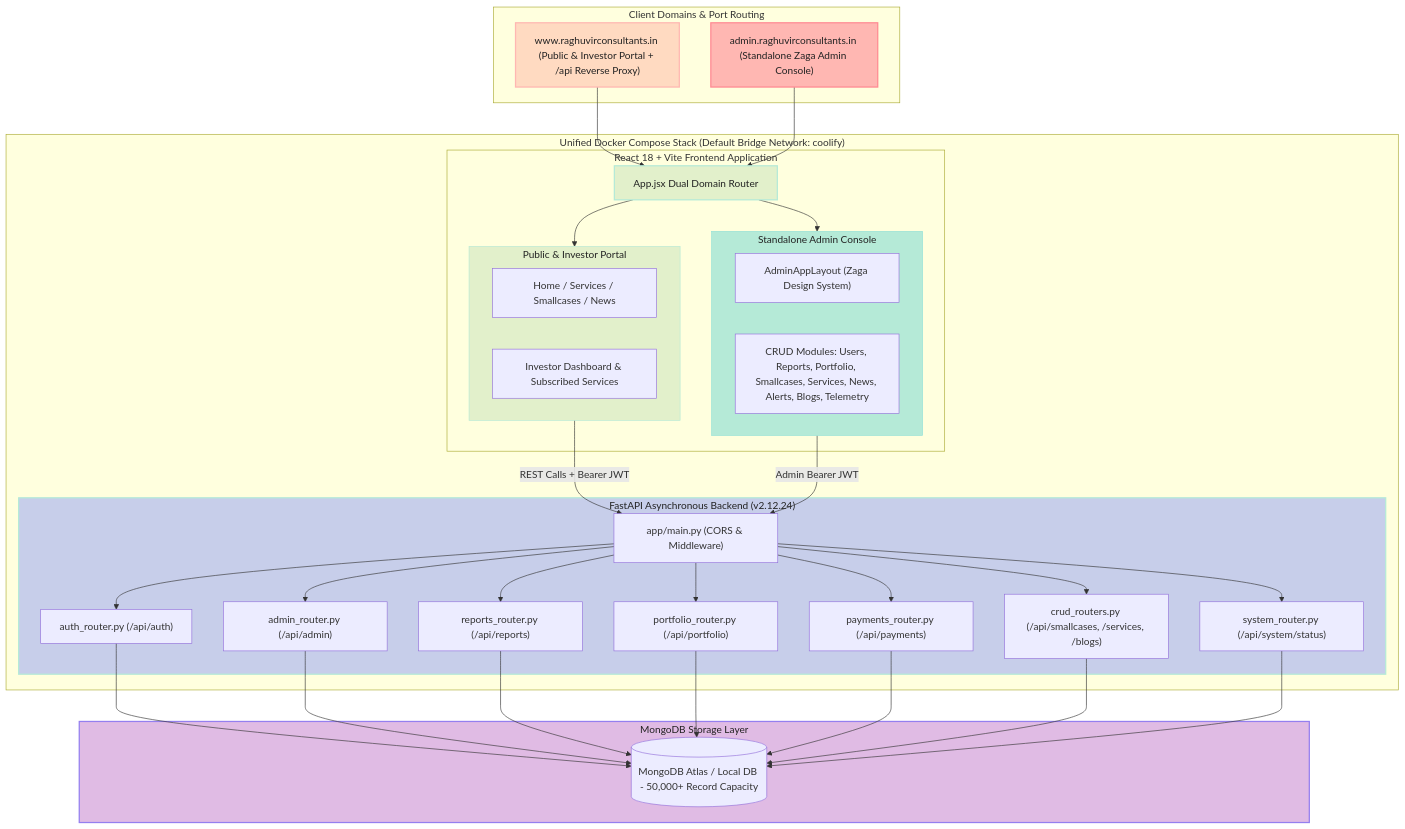
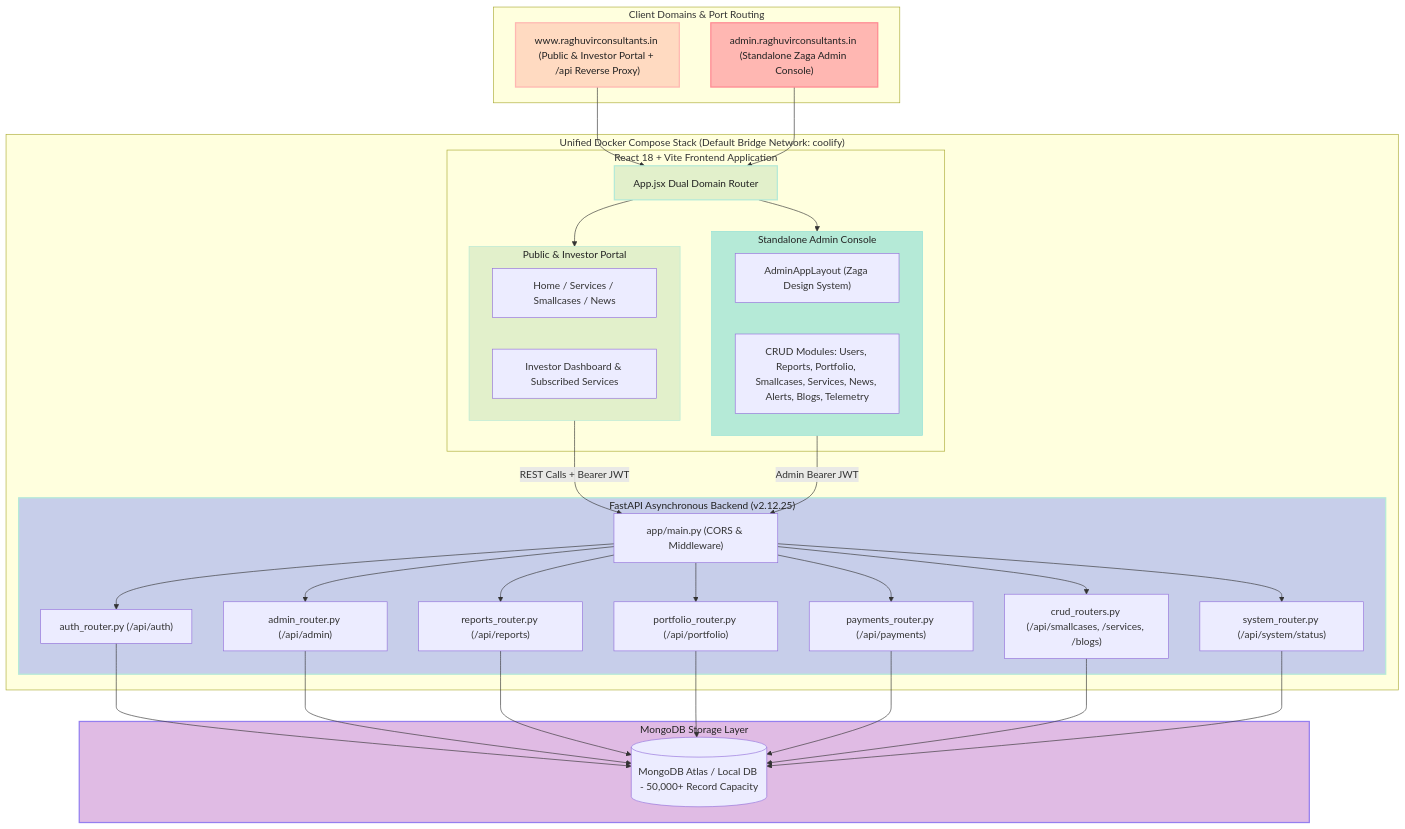
One commit to tejasrsuthar/raghuvirconsultants-site changed the first of 2 diagrams in backend/docs/ARCHITECTURE.md. Above: the diagram before and after it, drawn with Mermaid. The commit also changed other lines of this file and 11 other files, not shown here.

````diff
--- a/backend/docs/ARCHITECTURE.md
+++ b/backend/docs/ARCHITECTURE.md
@@ -14,72 +14,72 @@
 ```mermaid
 graph TD
     subgraph ClientDomains["Client Domains & Port Routing"]
         PublicDomain["www.raghuvirconsultants.in (Public & Investor Portal + /api Reverse Proxy)"]
         AdminDomain["admin.raghuvirconsultants.in (Standalone Zaga Admin Console)"]
     end
 
     subgraph ComposeStack["Unified Docker Compose Stack (Default Bridge Network: coolify)"]
         subgraph ReactFrontend["React 18 + Vite Frontend Application"]
             AppRouter["App.jsx Dual Domain Router"]
             
             subgraph PublicPortal["Public & Investor Portal"]
               PublicViews["Home / Services / Smallcases / News"]
               InvestorPortal["Investor Dashboard & Subscribed Services"]
             end
 
             subgraph ZagaAdmin["Standalone Admin Console"]
               AdminLayout["AdminAppLayout (Zaga Design System)"]
               AdminModules["CRUD Modules: Users, Reports, Portfolio, Smallcases, Services, News, Alerts, Blogs, Telemetry"]
             end
         end
 
-        subgraph FastAPIServer["FastAPI Asynchronous Backend (v2.12.24)"]
+        subgraph FastAPIServer["FastAPI Asynchronous Backend (v2.12.25)"]
             API["app/main.py (CORS & Middleware)"]
             AuthRouter["auth_router.py (/api/auth)"]
             AdminRouter["admin_router.py (/api/admin)"]
             ReportsRouter["reports_router.py (/api/reports)"]
             PortfolioRouter["portfolio_router.py (/api/portfolio)"]
             PaymentsRouter["payments_router.py (/api/payments)"]
             CRUDRouters["crud_routers.py (/api/smallcases, /services, /blogs)"]
             SystemRouter["system_router.py (/api/system/status)"]
         end
     end
 
     subgraph DataStore["MongoDB Storage Layer"]
         MongoDB[(MongoDB Atlas / Local DB - 50,000+ Record Capacity)]
     end
 
     PublicDomain --> AppRouter
     AdminDomain --> AppRouter
 
     AppRouter --> PublicPortal
     AppRouter --> ZagaAdmin
 
     PublicPortal -->|REST Calls + Bearer JWT| API
     ZagaAdmin -->|Admin Bearer JWT| API
 
     API --> AuthRouter
     API --> AdminRouter
     API --> ReportsRouter
     API --> PortfolioRouter
     API --> PaymentsRouter
     API --> CRUDRouters
     API --> SystemRouter
 
     AuthRouter --> MongoDB
     AdminRouter --> MongoDB
     ReportsRouter --> MongoDB
     PortfolioRouter --> MongoDB
     PaymentsRouter --> MongoDB
     CRUDRouters --> MongoDB
     SystemRouter --> MongoDB
 
     %% Pastel Color Palette Styling
     style PublicDomain fill:#FFDAC1,stroke:#FFB7B2,stroke-width:2px,color:#222;
     style AdminDomain fill:#FFB7B2,stroke:#FF8B94,stroke-width:2px,color:#222;
     style AppRouter fill:#E2F0CB,stroke:#B5EAD7,stroke-width:2px,color:#222;
     style PublicPortal fill:#E2F0CB,stroke:#B5EAD7,stroke-width:1px,color:#222;
     style ZagaAdmin fill:#B5EAD7,stroke:#93E1D8,stroke-width:1px,color:#222;
     style FastAPIServer fill:#C7CEEA,stroke:#B5EAD7,stroke-width:2px,color:#222;
     style DataStore fill:#E0BBE4,stroke:#957FEF,stroke-width:2px,color:#222;
 ```
````
